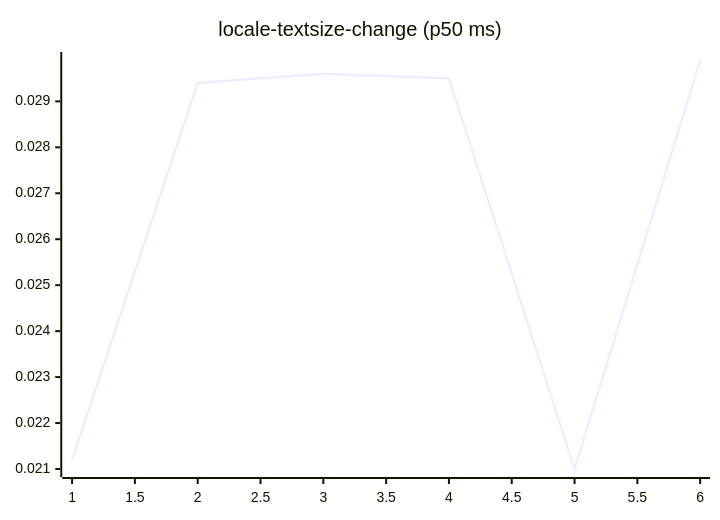
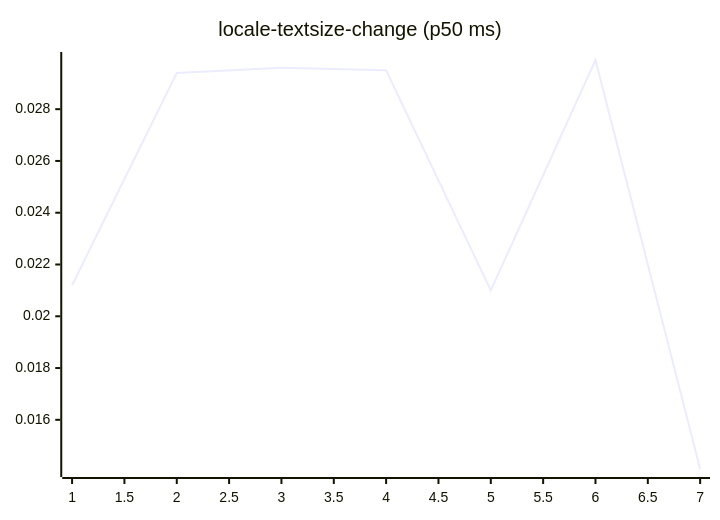
Before and after one commit to josha/Facet: diagram 13 of 27 in README.md, drawn with Mermaid. The commit also changed other lines of this file and 2 other files, not shown here.

````diff
--- a/README.md
+++ b/README.md
@@ -147,6 +147,6 @@
 ```mermaid
 xychart-beta
     title "locale-textsize-change (p50 ms)"
-    x-axis 1 --> 6
-    line [0.0212, 0.0294, 0.0296, 0.0295, 0.0210, 0.0299]
+    x-axis 1 --> 7
+    line [0.0212, 0.0294, 0.0296, 0.0295, 0.0210, 0.0299, 0.0141]
 ```
````
